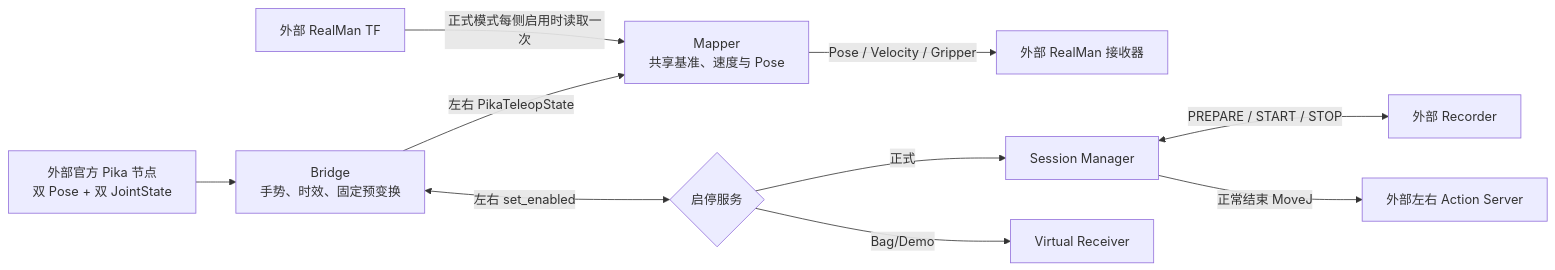
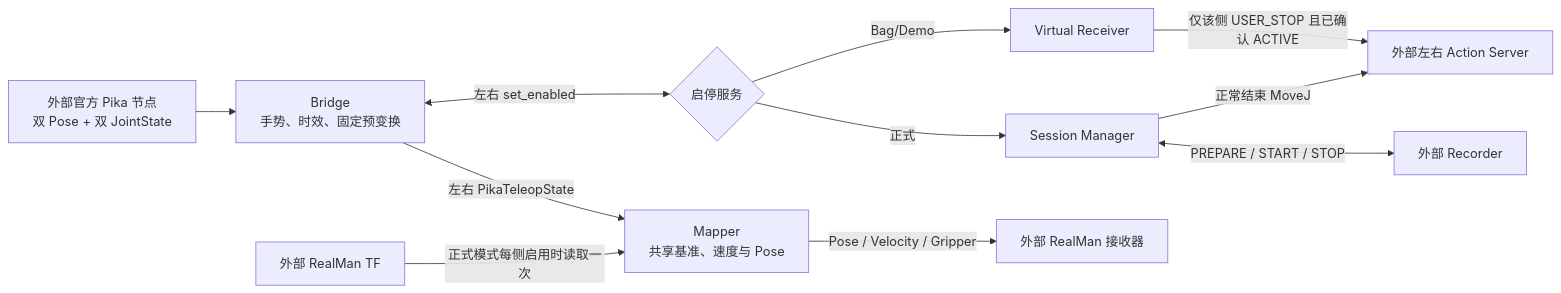
The diagram in README.md (3199763863-Ray/pika_teleop_ws), drawn with Mermaid before and after one commit. The commit also changed other lines of this file and 12 other files, not shown here.

````diff
--- a/README.md
+++ b/README.md
@@ -20,12 +20,13 @@
 ```mermaid
 flowchart LR
   O[外部官方 Pika 节点<br/>双 Pose + 双 JointState] --> B[Bridge<br/>手势、时效、固定预变换]
   B -->|左右 PikaTeleopState| M[Mapper<br/>共享基准、速度与 Pose]
   M -->|Pose / Velocity / Gripper| X[外部 RealMan 接收器]
   B <-->|左右 set_enabled| G{启停服务}
   G -->|正式| S[Session Manager]
   G -->|Bag/Demo| V[Virtual Receiver]
   S <-->|PREPARE / START / STOP| R[外部 Recorder]
   S -->|正常结束 MoveJ| A[外部左右 Action Server]
+  V -->|仅该侧 USER_STOP 且已确认 ACTIVE| A
   T[外部 RealMan TF] -->|正式模式每侧启用时读取一次| M
 ```
````
